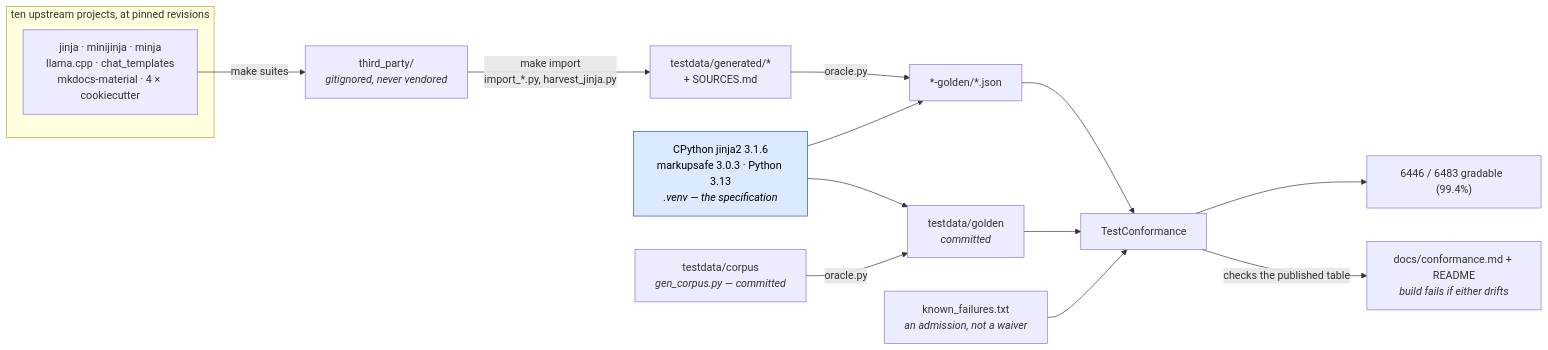
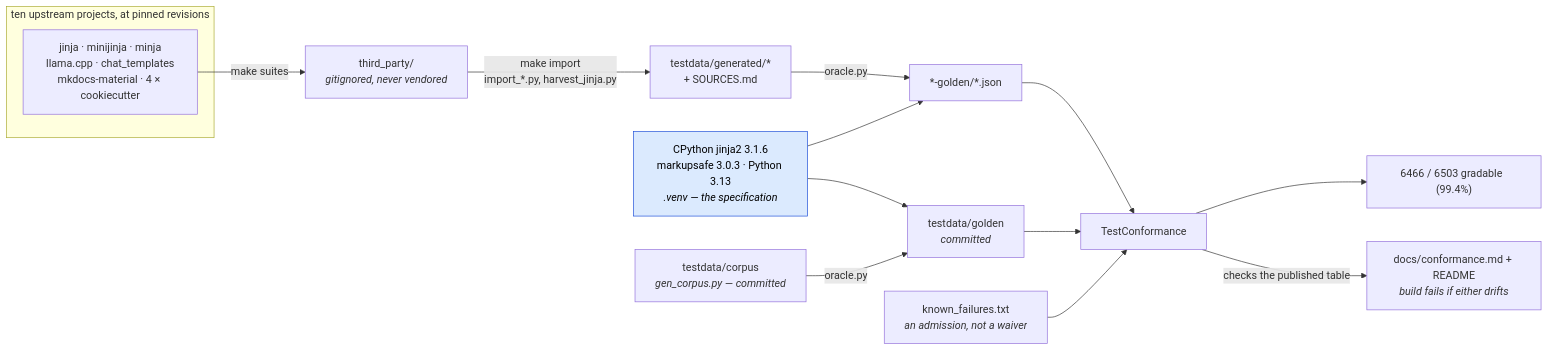
The first of 2 diagrams in docs/conformance.md (mgilbir/gojja2), drawn with Mermaid before and after one commit. The commit also changed other lines of this file and 52 other files, not shown here.

````diff
--- a/docs/conformance.md
+++ b/docs/conformance.md
@@ -17,24 +17,24 @@
 ```mermaid
 flowchart LR
     subgraph up["ten upstream projects, at pinned revisions"]
         U1["jinja · minijinja · minja<br/>llama.cpp · chat_templates<br/>mkdocs-material · 4 × cookiecutter"]
     end
     U1 -->|"make suites"| TP["third_party/<br/><i>gitignored, never vendored</i>"]
     TP -->|"make import<br/>import_*.py, harvest_jinja.py"| GEN["testdata/generated/*<br/>+ SOURCES.md"]
 
     ORA["CPython jinja2 3.1.6<br/>markupsafe 3.0.3 · Python 3.13<br/><i>.venv — the specification</i>"]
     GEN -->|"oracle.py"| G2["*-golden/*.json"]
     ORA --> G2
 
     OWN["testdata/corpus<br/><i>gen_corpus.py — committed</i>"] -->|"oracle.py"| G1["testdata/golden<br/><i>committed</i>"]
     ORA --> G1
 
     G1 --> TC["TestConformance"]
     G2 --> TC
     KF["known_failures.txt<br/><i>an admission, not a waiver</i>"] --> TC
-    TC --> RATE["6446 / 6483 gradable  (99.4%)"]
+    TC --> RATE["6466 / 6503 gradable  (99.4%)"]
     TC -->|"checks the published table"| RM["docs/conformance.md + README<br/><i>build fails if either drifts</i>"]
 
     classDef spec fill:#dbeafe,stroke:#1d4ed8,color:#000
     class ORA spec
 ```
````
